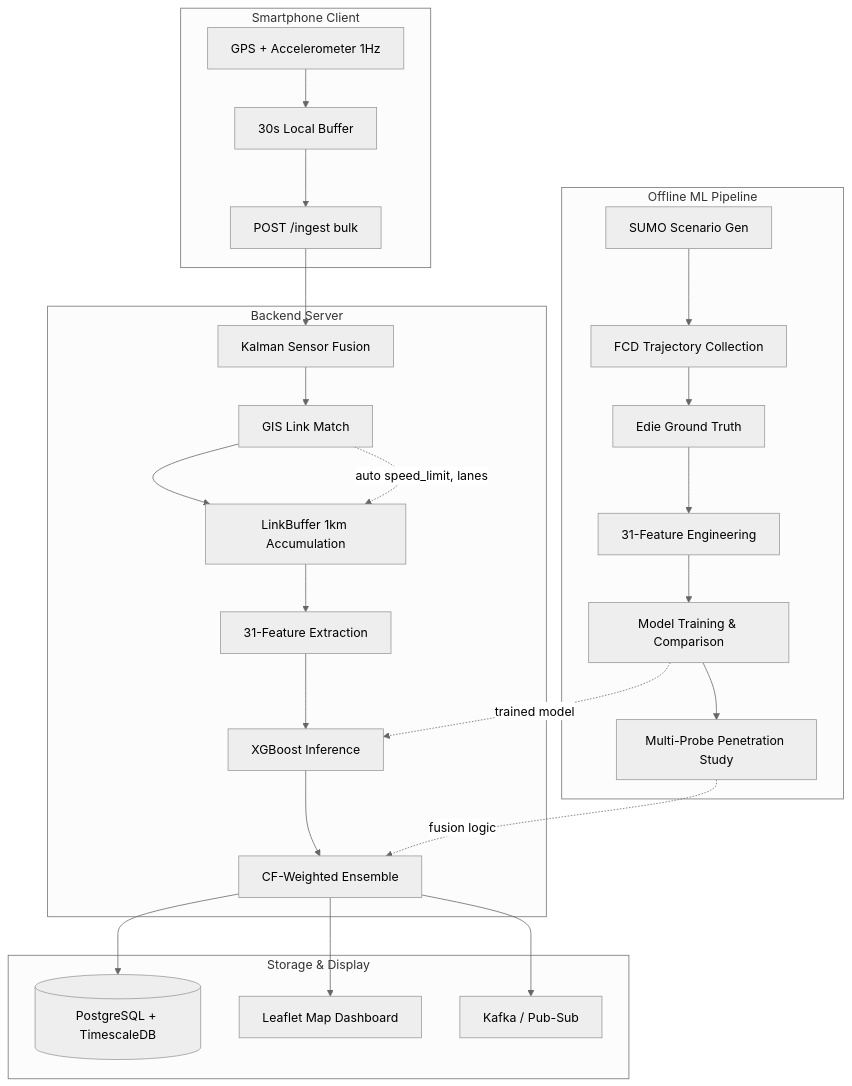
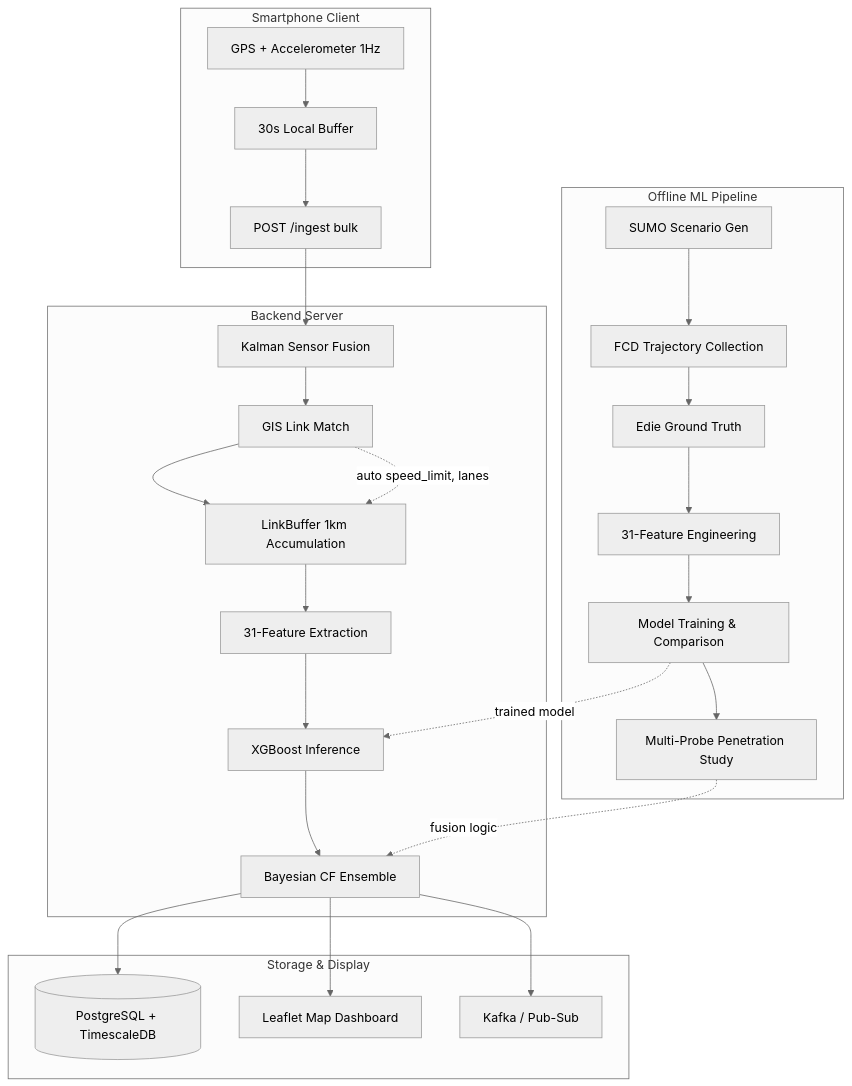
Before and after one commit to sewon-p/ml_project: the first of 4 diagrams in README.md, drawn with Mermaid (neutral theme). The commit also changed other lines of this file and 8 other files, not shown here.

````diff
--- a/README.md
+++ b/README.md
@@ -54,34 +54,34 @@
 ```mermaid
 graph TB
     subgraph Offline["Offline ML Pipeline"]
         A[SUMO Scenario Gen] --> B[FCD Trajectory Collection]
         B --> C[Edie Ground Truth]
         C --> D[31-Feature Engineering]
         D --> E[Model Training & Comparison]
         E --> F[Multi-Probe Penetration Study]
     end
 
     subgraph Phone["Smartphone Client"]
         G[GPS + Accelerometer 1Hz] --> H[30s Local Buffer]
         H --> I[POST /ingest bulk]
     end
 
     subgraph Server["Backend Server"]
         I --> J[Kalman Sensor Fusion]
         J --> K[GIS Link Match]
         K --> L[LinkBuffer 1km Accumulation]
         L --> M[31-Feature Extraction]
         M --> N[XGBoost Inference]
-        N --> O[CF-Weighted Ensemble]
+        N --> O[Bayesian CF Ensemble]
     end
 
     subgraph Output["Storage & Display"]
         O --> P[(PostgreSQL + TimescaleDB)]
         O --> Q[Leaflet Map Dashboard]
         O --> R[Kafka / Pub-Sub]
     end
 
     E -.->|trained model| N
     F -.->|fusion logic| O
     K -.->|auto speed_limit, lanes| L
 ```
````
